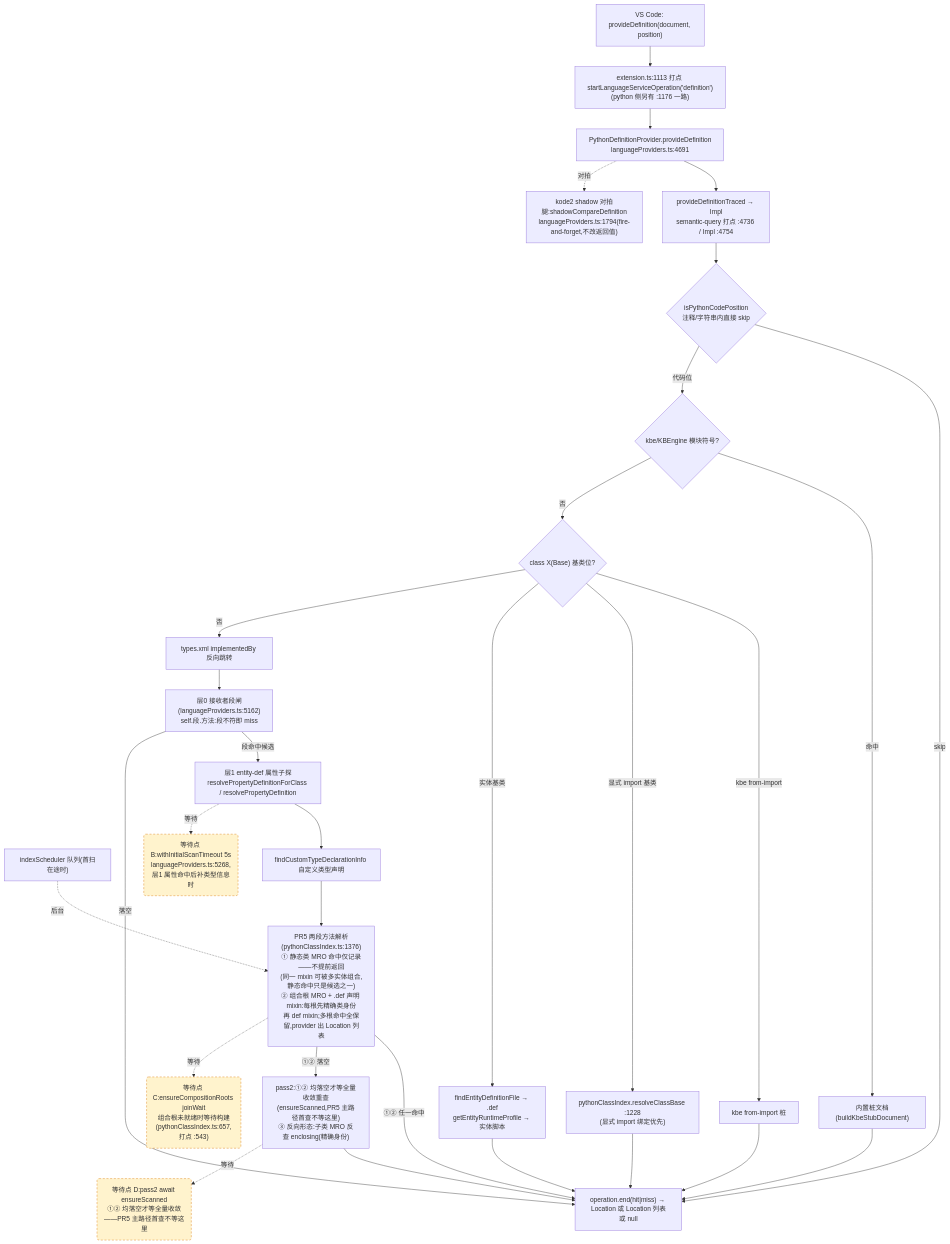
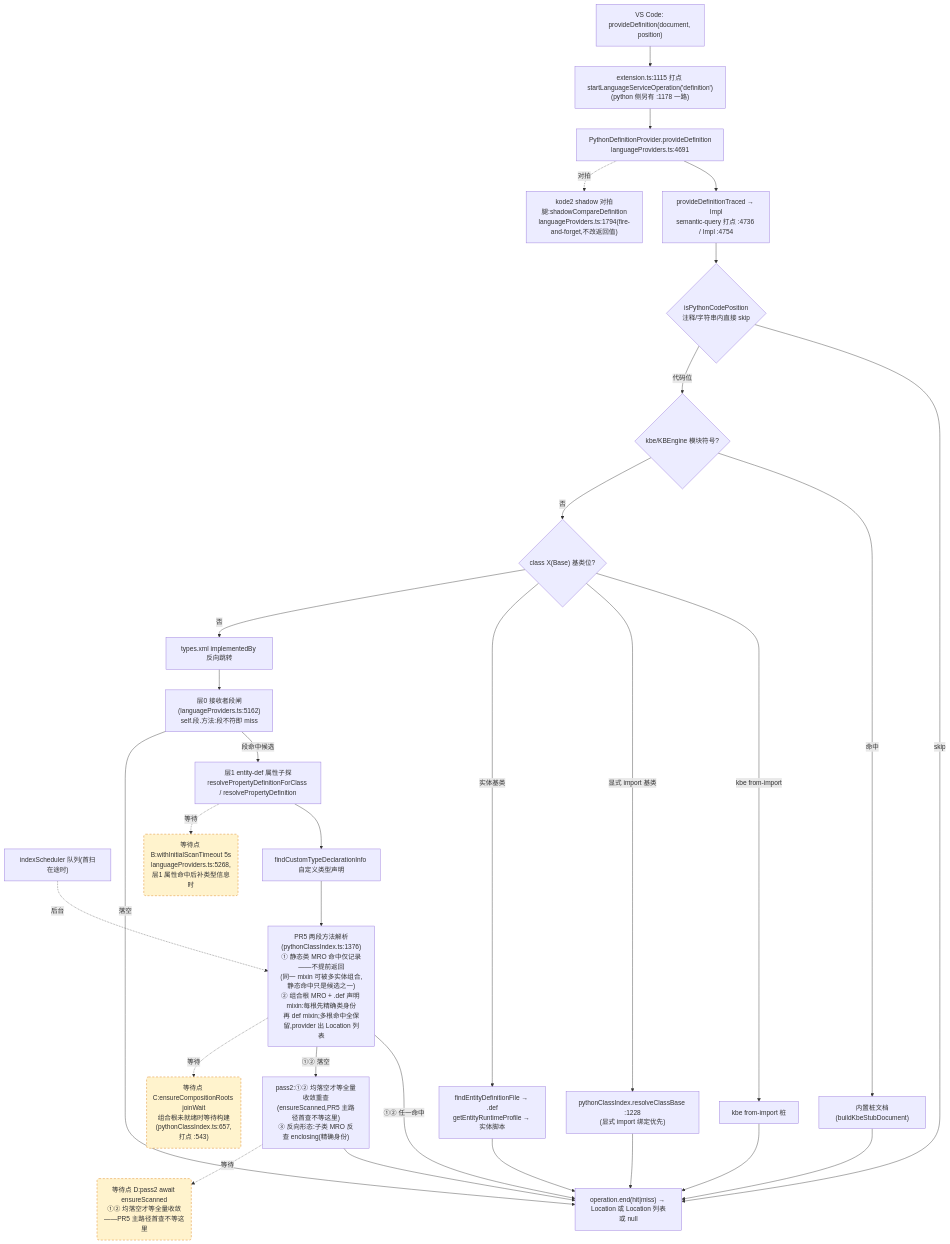
Before and after one commit to cuihairu/kode: the second of 4 diagrams in docs/perf/2026-baseline.md, drawn with Mermaid. The commit also changed other lines of this file and 9 other files, not shown here.

````diff
--- a/docs/perf/2026-baseline.md
+++ b/docs/perf/2026-baseline.md
@@ -130,51 +130,51 @@
 ```mermaid
 flowchart TD
   VC2["VS Code: provideDefinition(document, position)"]
-  M2["extension.ts:1113 打点 startLanguageServiceOperation('definition')<br/>(python 侧另有 :1176 一路)"]
+  M2["extension.ts:1115 打点 startLanguageServiceOperation('definition')<br/>(python 侧另有 :1178 一路)"]
   AD2["PythonDefinitionProvider.provideDefinition<br/>languageProviders.ts:4691"]
   TR["provideDefinitionTraced → Impl<br/>semantic-query 打点 :4736 / Impl :4754"]
   CTX{"isPythonCodePosition<br/>注释/字符串内直接 skip"}
   KBE{"kbe/KBEngine 模块符号?"}
   STUB["内置桩文档(buildKbeStubDocument)"]
   CB{"class X(Base) 基类位?"}
   CB1["kbe from-import 桩"]
   CB2["pythonClassIndex.resolveClassBase :1228<br/>(显式 import 绑定优先)"]
   CB3["findEntityDefinitionFile → .def<br/>getEntityRuntimeProfile → 实体脚本"]
   REV["types.xml implementedBy 反向跳转"]
   L0["层0 接收者段闸(languageProviders.ts:5162)<br/>self.段.方法:段不符即 miss"]
   L1["层1 entity-def 属性子探<br/>resolvePropertyDefinitionForClass / resolvePropertyDefinition"]
   SCAN["indexScheduler 队列(首扫在途时)"]
   TY["findCustomTypeDeclarationInfo 自定义类型声明"]
   MRO["PR5 两段方法解析(pythonClassIndex.ts:1376)<br/>① 静态类 MRO 命中仅记录——不提前返回<br/>(同一 mixin 可被多实体组合,静态命中只是候选之一)<br/>② 组合根 MRO + .def 声明 mixin:每根先精确类身份<br/>再 def mixin;多根命中全保留,provider 出 Location 列表"]
   PASS2["pass2:①② 均落空才等全量收敛重查<br/>(ensureScanned,PR5 主路径首查不等这里)<br/>③ 反向形态:子类 MRO 反查 enclosing(精确身份)"]
   SHD["kode2 shadow 对拍腿:shadowCompareDefinition<br/>languageProviders.ts:1794(fire-and-forget,不改返回值)"]
   END2["operation.end(hit|miss) → Location 或 Location 列表或 null"]
 
   VC2 --> M2 --> AD2 --> TR --> CTX
   CTX -- "skip" --> END2
   CTX -- "代码位" --> KBE
   KBE -- "命中" --> STUB --> END2
   KBE -- "否" --> CB
   CB -- "kbe from-import" --> CB1 --> END2
   CB -- "显式 import 基类" --> CB2 --> END2
   CB -- "实体基类" --> CB3 --> END2
   CB -- "否" --> REV --> L0
   L0 -- "段命中候选" --> L1
   L0 -- "落空" --> END2
   L1 --> TY
   TY --> MRO
   MRO -- "①② 任一命中" --> END2
   MRO -- "①② 落空" --> PASS2 --> END2
   AD2 -.->|对拍| SHD
 
   WAITB("等待点 B:withInitialScanTimeout 5s<br/>languageProviders.ts:5268,层1 属性命中后补类型信息时")
   WAITC("等待点 C:ensureCompositionRoots joinWait<br/>组合根未就绪时等待构建(pythonClassIndex.ts:657,打点 :543)")
   WAITD("等待点 D:pass2 await ensureScanned<br/>①② 均落空才等全量收敛——PR5 主路径首查不等这里")
   L1 -.->|等待| WAITB
   MRO -.->|等待| WAITC
   PASS2 -.->|等待| WAITD
   SCAN -.->|后台| MRO
 
   classDef waitPoint fill:#fff3cd,stroke:#d97706,stroke-dasharray:5 4;
   class WAITB,WAITC,WAITD waitPoint;
 ```
````
